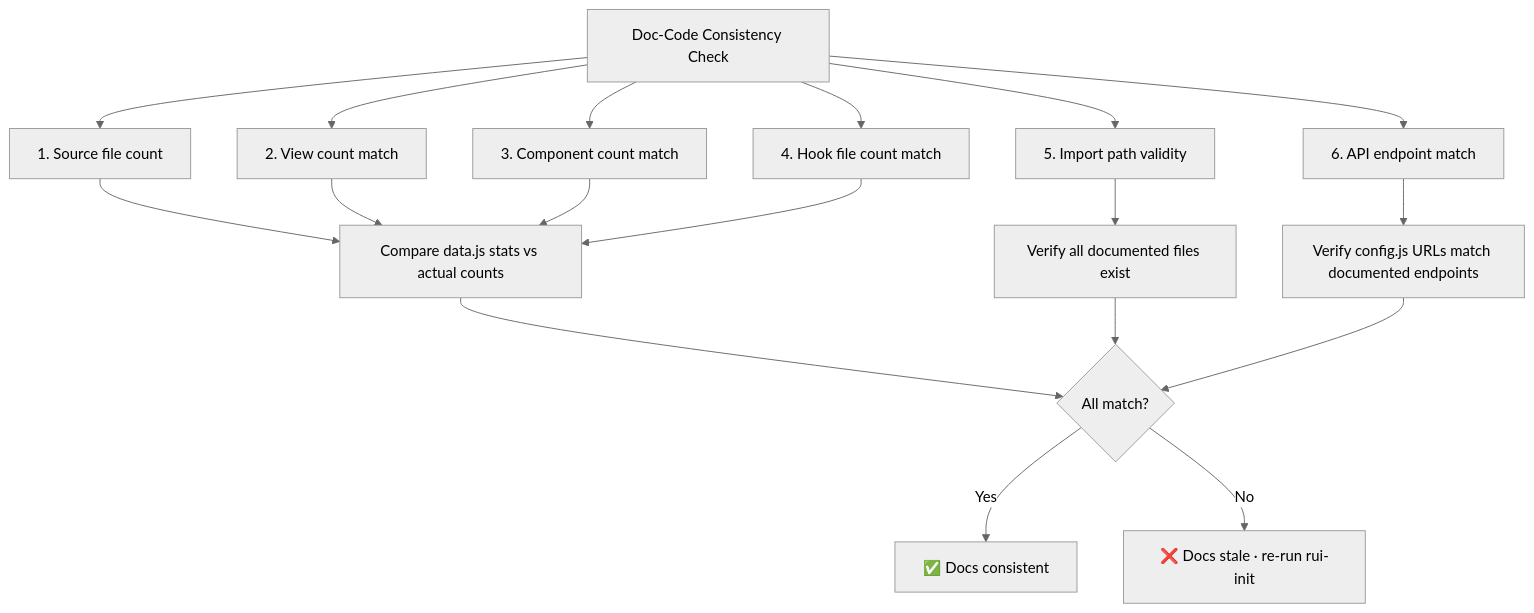
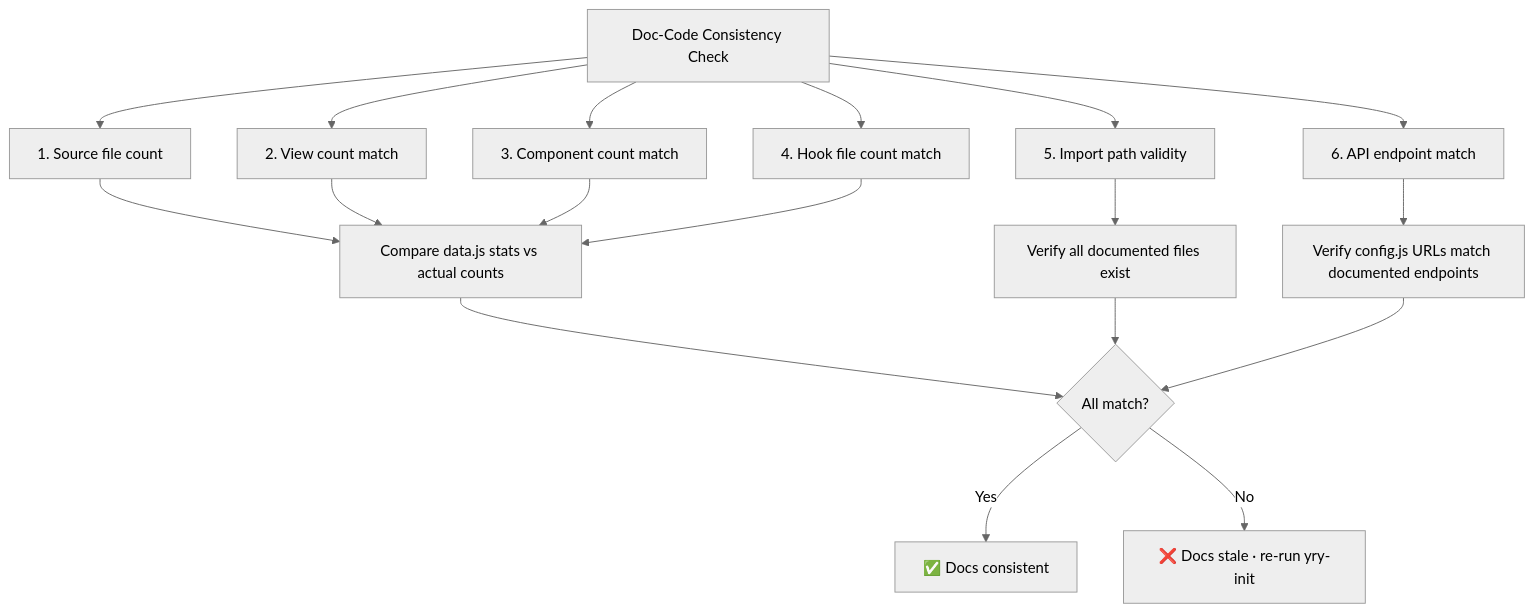
Before and after one commit to effiy/YrY: the diagram in YiDoc/projects/YiWeb/test/scene-3-doc-code-consistency/index.md, drawn with Mermaid (neutral theme). The commit also changed other lines of this file and 1407 other files, not shown here.

````diff
--- a/YiDoc/projects/YiWeb/test/scene-3-doc-code-consistency/index.md
+++ b/YiDoc/projects/YiWeb/test/scene-3-doc-code-consistency/index.md
@@ -9,20 +9,20 @@
 ```mermaid
 graph TD
     A[Doc-Code Consistency Check] --> B[1. Source file count]
     A --> C[2. View count match]
     A --> D[3. Component count match]
     A --> E[4. Hook file count match]
     A --> F[5. Import path validity]
     A --> G[6. API endpoint match]
     B --> H[Compare data.js stats vs actual counts]
     C --> H
     D --> H
     E --> H
     F --> I[Verify all documented files exist]
     G --> J[Verify config.js URLs match documented endpoints]
     H --> K{All match?}
     I --> K
     J --> K
     K -->|Yes| L[✅ Docs consistent]
-    K -->|No| M[❌ Docs stale · re-run rui-init]
+    K -->|No| M[❌ Docs stale · re-run yry-init]
 ```
````
